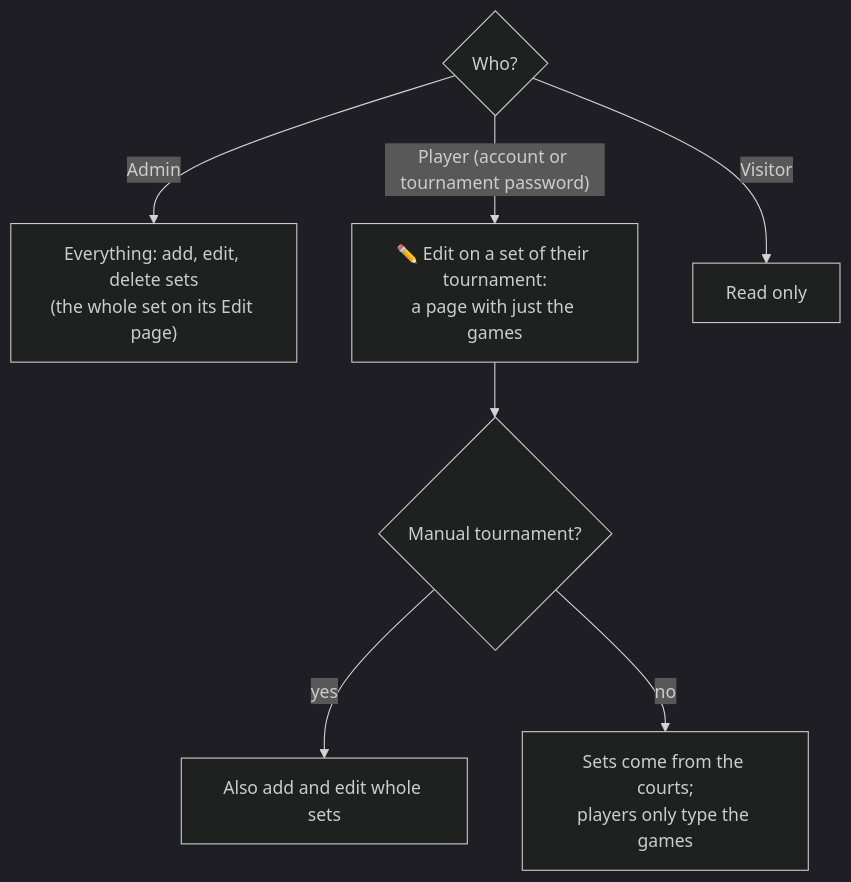
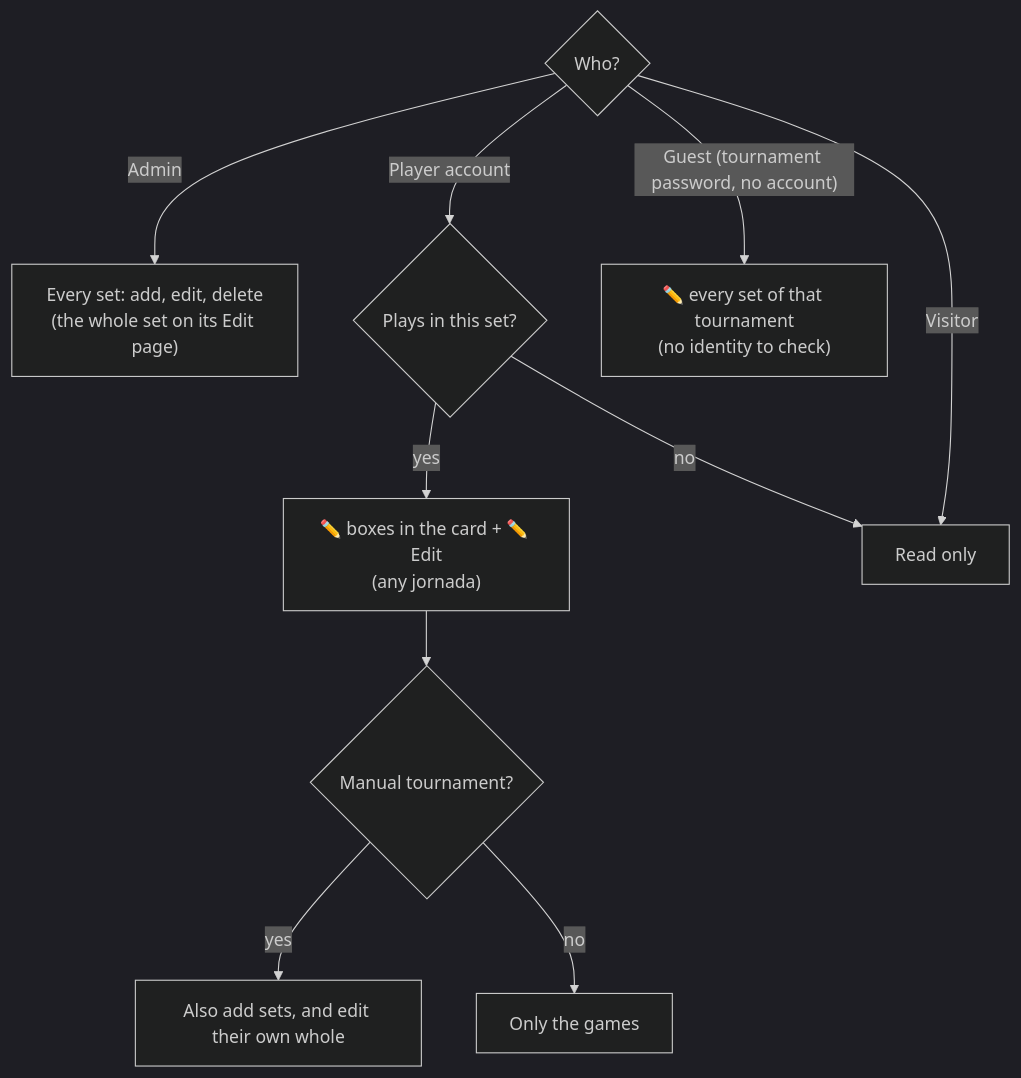
Before and after one commit to Sorrycion/PadelScore: the first of 2 diagrams in docs/processes/SETS.md, drawn with Mermaid (dark theme). The commit also changed other lines of this file and 14 other files, not shown here.

First line of the commit message:
﻿✏️ Players score only their own sets, typing in the card's boxes

````diff
--- a/docs/processes/SETS.md
+++ b/docs/processes/SETS.md
@@ -9,9 +9,12 @@
 ```mermaid
 flowchart TD
-    A{Who?} -- Admin --> B["Everything: add, edit, delete sets<br/>(the whole set on its Edit page)"]
-    A -- "Player (account or tournament password)" --> C["✏️ Edit on a set of their tournament:<br/>a page with just the games"]
-    C --> D{Manual tournament?}
-    D -- yes --> E[Also add and edit whole sets]
-    D -- no --> F["Sets come from the courts;<br/>players only type the games"]
+    A{Who?} -- Admin --> B["Every set: add, edit, delete<br/>(the whole set on its Edit page)"]
+    A -- "Player account" --> C{"Plays in this set?"}
+    C -- yes --> D["✏️ boxes in the card + ✏️ Edit<br/>(any jornada)"]
+    C -- no --> G
+    A -- "Guest (tournament password, no account)" --> D2["✏️ every set of that tournament<br/>(no identity to check)"]
+    D --> E{Manual tournament?}
+    E -- yes --> F[Also add sets, and edit their own whole]
+    E -- no --> H["Only the games"]
     A -- Visitor --> G[Read only]
 ```
````
